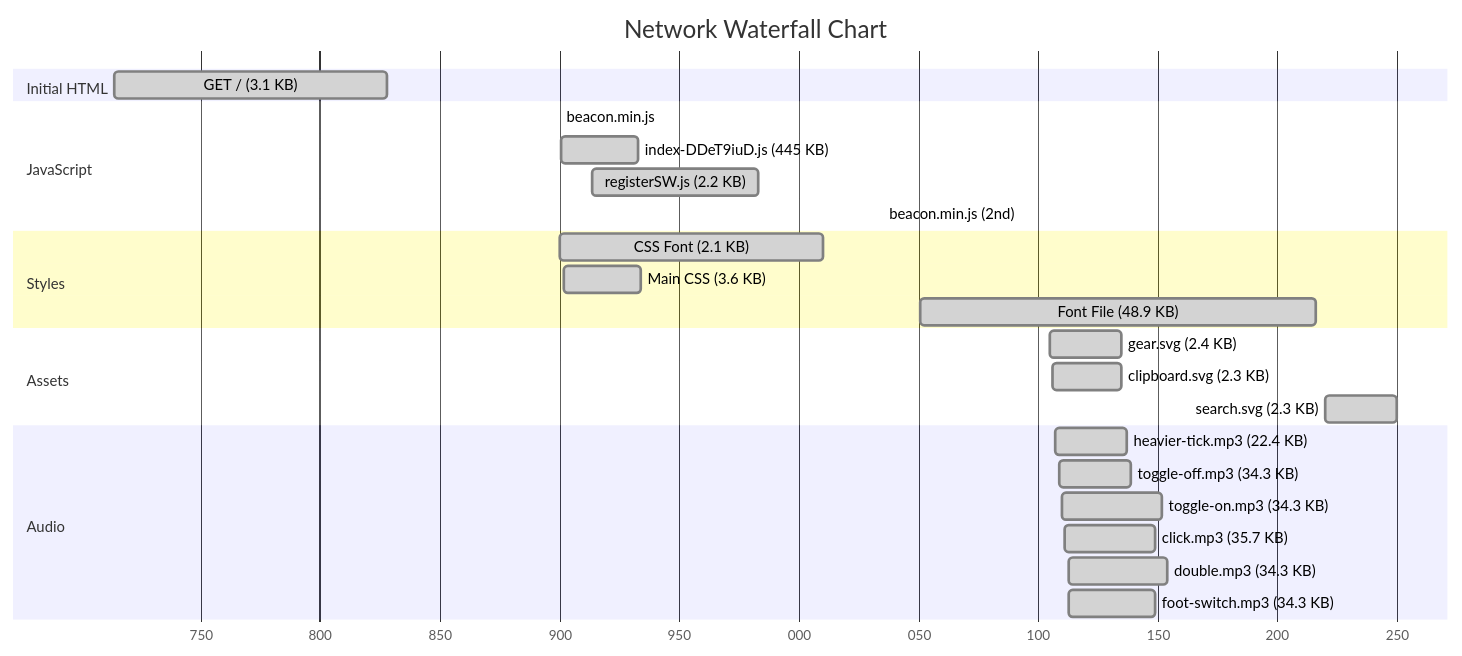
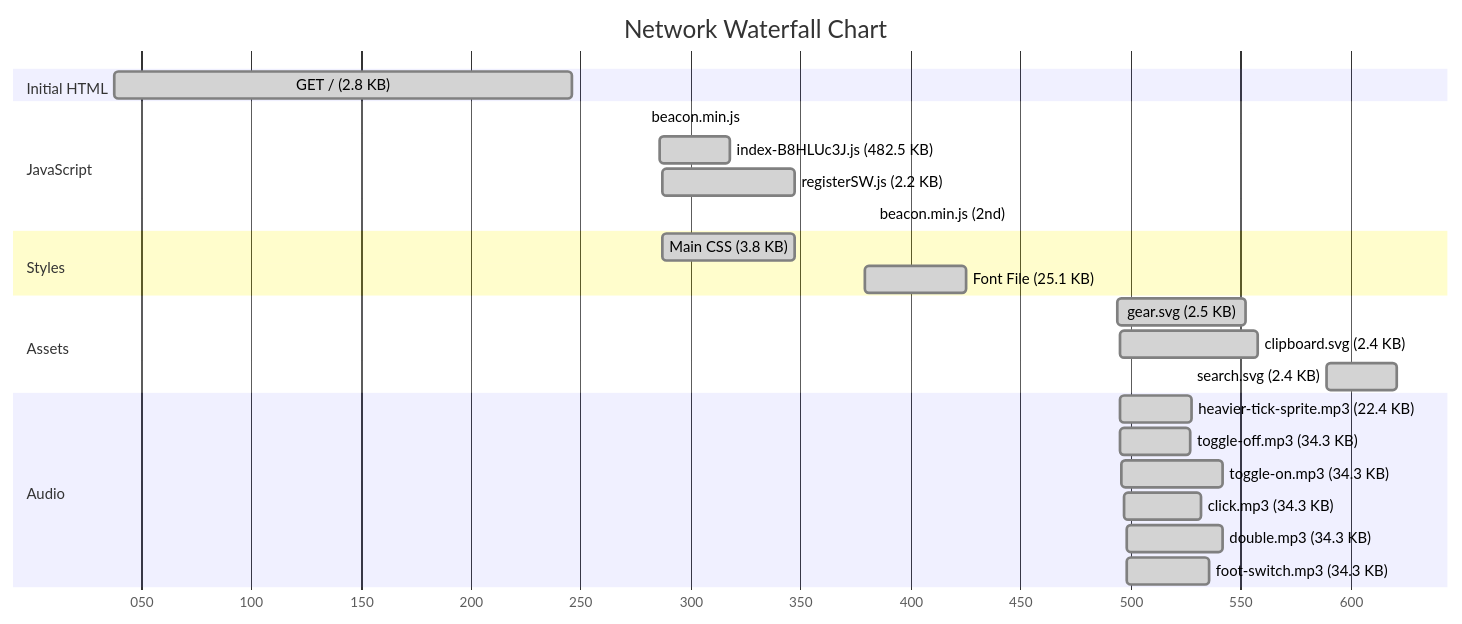
Before and after one commit to taciturnaxolotl/unduckified: the second of 2 diagrams in README.md, drawn with Mermaid. The commit also changed other lines of this file, not shown here.

Commit message:
docs: add the new features and performance scores

````diff
--- a/README.md
+++ b/README.md
@@ -65,33 +70,32 @@
 ```mermaid
 gantt
     title Network Waterfall Chart
     dateFormat  HH:mm:ss.SSS
     axisFormat  %L
     
     section Initial HTML
-    GET / (3.1 KB)           :done, h1, 07:13:59.714, 114ms
+    GET / (2.8 KB)           :done, h1, 10:07:29.038, 208ms
     
     section JavaScript
-    beacon.min.js            :done, b1, 07:13:59.900, 0ms
-    index-DDeT9iuD.js (445 KB) :done, j1, 07:13:59.901, 32ms
-    registerSW.js (2.2 KB)   :done, j2, 07:13:59.914, 69ms
-    beacon.min.js (2nd)      :done, b2, 07:14:00.035, 0ms
+    beacon.min.js            :done, b1, 10:07:29.279, 0ms
+    index-B8HLUc3J.js (482.5 KB) :done, j1, 10:07:29.286, 32ms
+    registerSW.js (2.2 KB)   :done, j2, 10:07:29.287, 60ms
+    beacon.min.js (2nd)      :done, b2, 10:07:29.383, 0ms
     
     section Styles
-    CSS Font (2.1 KB)        :done, c1, 07:13:59.900, 110ms
-    Main CSS (3.6 KB)        :done, c2, 07:13:59.902, 32ms
-    Font File (48.9 KB)      :done, f1, 07:14:00.051, 165ms
+    Main CSS (3.8 KB)        :done, c2, 10:07:29.287, 60ms
+    Font File (25.1 KB)      :done, f1, 10:07:29.379, 46ms
     
     section Assets
-    gear.svg (2.4 KB)        :done, s1, 07:14:00.105, 30ms
-    clipboard.svg (2.3 KB)   :done, s2, 07:14:00.106, 29ms
-    search.svg (2.3 KB)      :done, s3, 07:14:00.220, 30ms
+    gear.svg (2.5 KB)        :done, s1, 10:07:29.494, 58ms
+    clipboard.svg (2.4 KB)   :done, s2, 10:07:29.495, 63ms
+    search.svg (2.4 KB)      :done, s3, 10:07:29.589, 32ms
     
     section Audio
-    heavier-tick.mp3 (22.4 KB) :done, a1, 07:14:00.107, 30ms
-    toggle-off.mp3 (34.3 KB) :done, a2, 07:14:00.109, 30ms
-    toggle-on.mp3 (34.3 KB)  :done, a3, 07:14:00.110, 42ms
-    click.mp3 (35.7 KB)      :done, a4, 07:14:00.111, 38ms
-    double.mp3 (34.3 KB)     :done, a5, 07:14:00.113, 41ms
-    foot-switch.mp3 (34.3 KB):done, a6, 07:14:00.113, 36ms
+    heavier-tick-sprite.mp3 (22.4 KB) :done, a1, 10:07:29.495, 33ms
+    toggle-off.mp3 (34.3 KB) :done, a2, 10:07:29.495, 32ms
+    toggle-on.mp3 (34.3 KB)  :done, a3, 10:07:29.496, 46ms
+    click.mp3 (34.3 KB)      :done, a4, 10:07:29.497, 35ms
+    double.mp3 (34.3 KB)     :done, a5, 10:07:29.498, 44ms
+    foot-switch.mp3 (34.3 KB):done, a6, 10:07:29.498, 38ms
 ```
````
